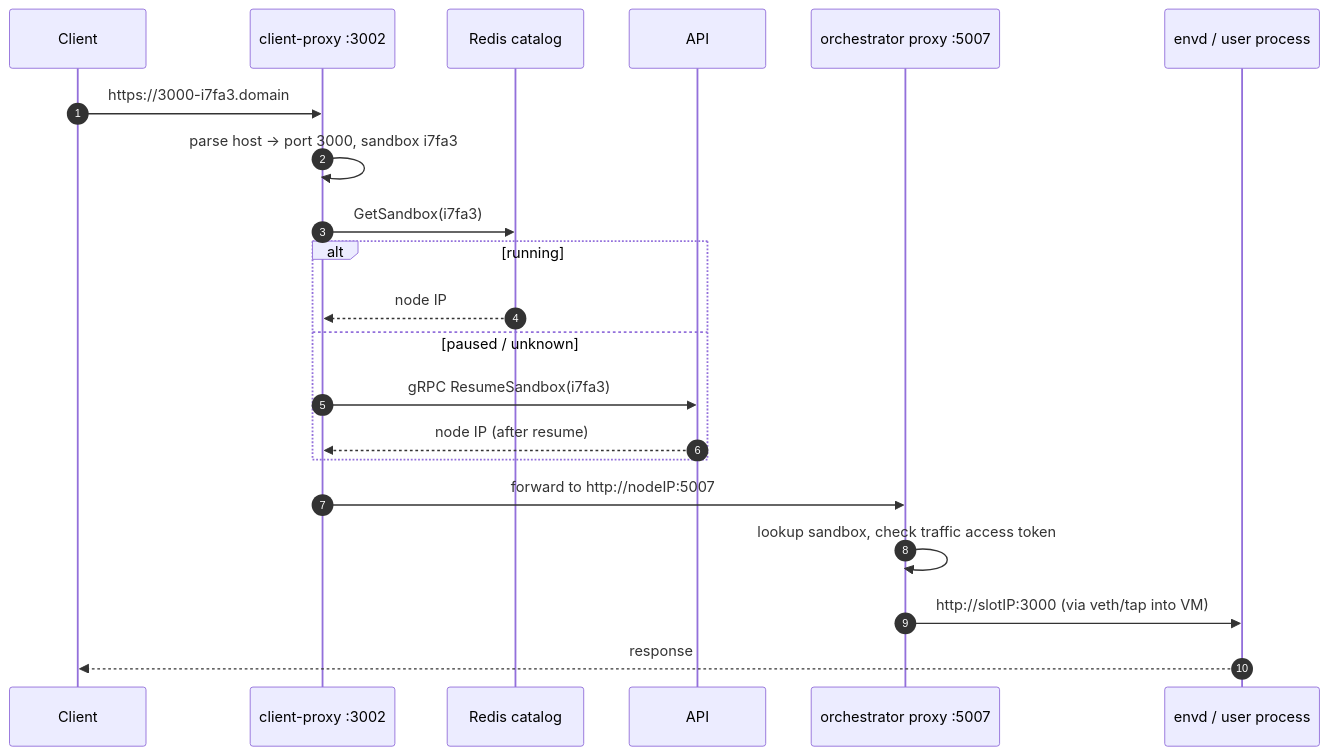
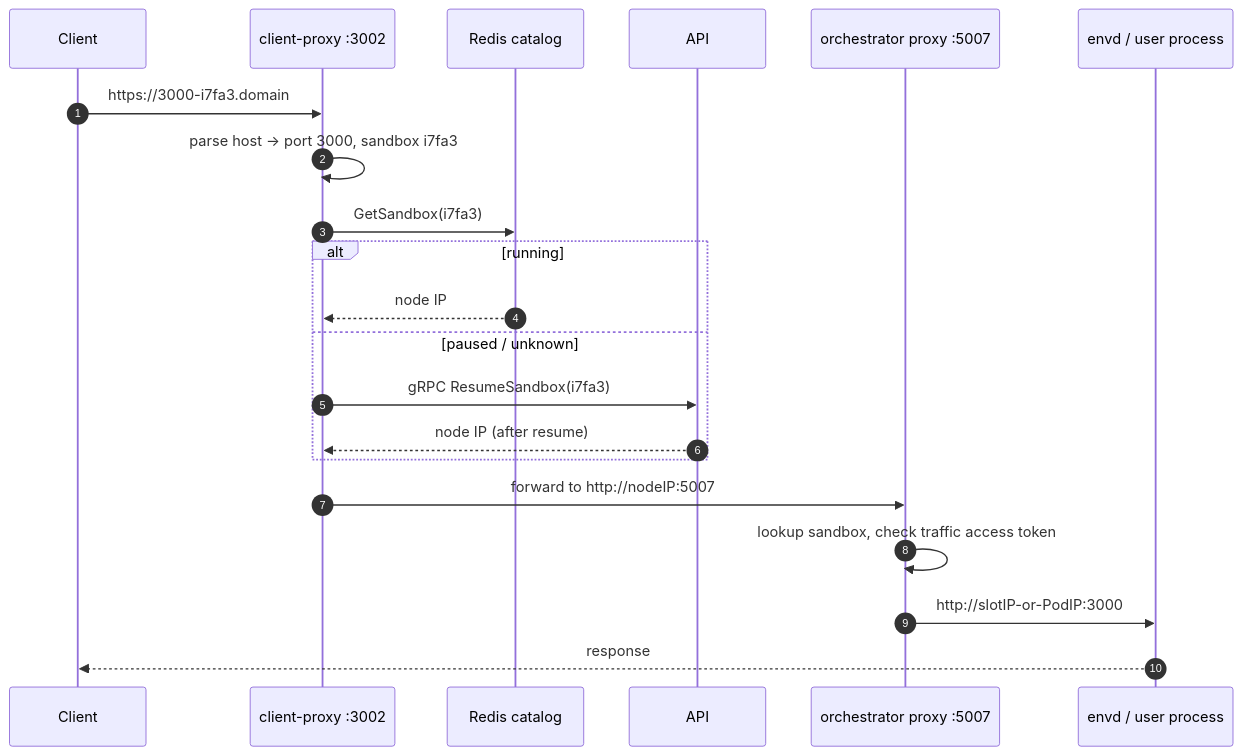
Before and after one commit to e2b-dev/infra: the third of 6 diagrams in docs/ARCHITECTURE.md, drawn with Mermaid. The commit also changed other lines of this file and 40 other files, not shown here.

````diff
--- a/docs/ARCHITECTURE.md
+++ b/docs/ARCHITECTURE.md
@@ -292,24 +330,24 @@
 ```mermaid
 sequenceDiagram
     autonumber
     participant U as Client
     participant CP as client-proxy :3002
     participant R as Redis catalog
     participant API as API
     participant OP as orchestrator proxy :5007
     participant E as envd / user process
 
     U->>CP: https://3000-i7fa3.domain
     CP->>CP: parse host → port 3000, sandbox i7fa3
     CP->>R: GetSandbox(i7fa3)
     alt running
         R-->>CP: node IP
     else paused / unknown
         CP->>API: gRPC ResumeSandbox(i7fa3)
         API-->>CP: node IP (after resume)
     end
     CP->>OP: forward to http://nodeIP:5007
     OP->>OP: lookup sandbox, check traffic access token
-    OP->>E: http://slotIP:3000 (via veth/tap into VM)
+    OP->>E: http://slotIP-or-PodIP:3000
     E-->>U: response
 ```
````
